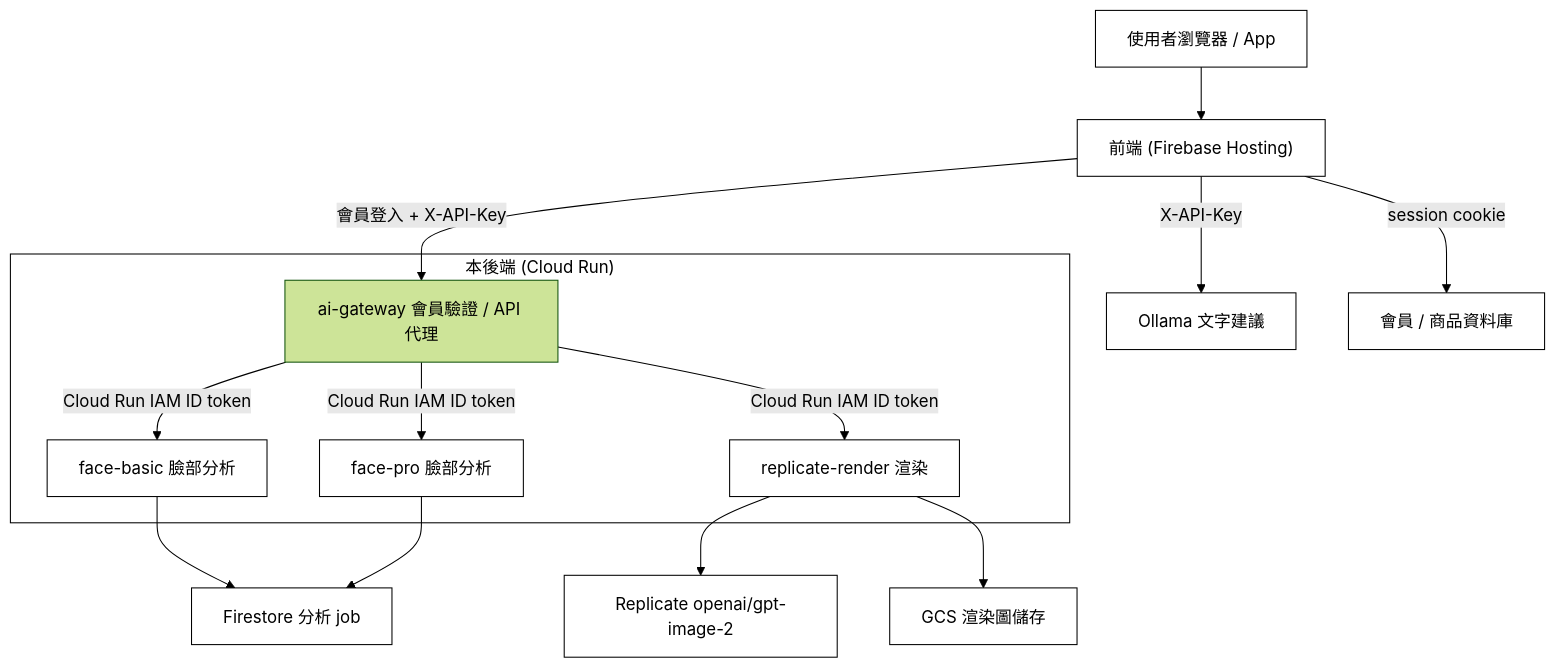
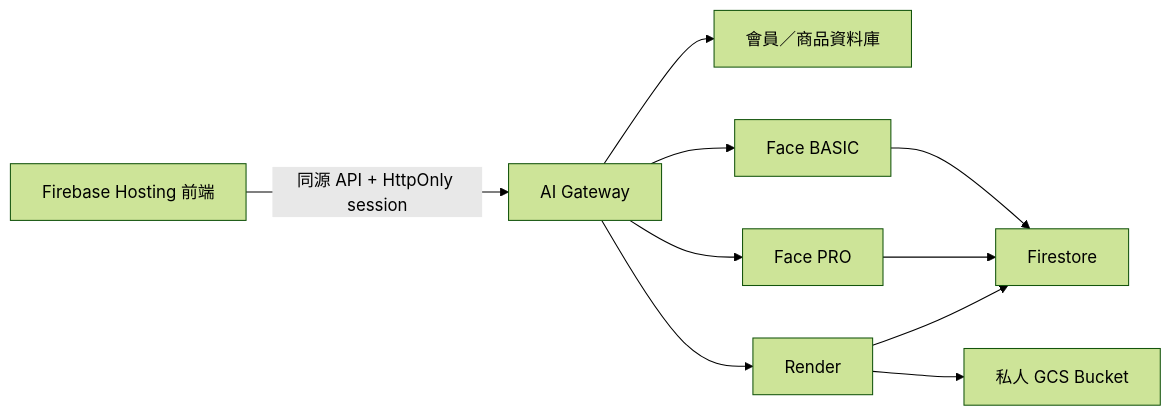
The diagram in README.md (vivi930319/DecorateMeAI), drawn with Mermaid (forest theme) before and after one commit. The commit also changed other lines of this file and 16 other files, not shown here.

Commit message:
feat(gateway): secure private media and deletion flows

````diff
--- a/README.md
+++ b/README.md
@@ -16,31 +9,12 @@
 ```mermaid
-flowchart TB
-  classDef n fill:#ffffff,stroke:#000000,color:#000000;
-  U["使用者瀏覽器 / App"]
-  FE["前端 (Firebase Hosting)"]
-  subgraph BE["本後端 (Cloud Run)"]
-    GW["ai-gateway 會員驗證 / API 代理"]
-    FB["face-basic 臉部分析"]
-    FP["face-pro 臉部分析"]
-    RD["replicate-render 渲染"]
-  end
-  OLL["Ollama 文字建議"]
-  MDB["會員 / 商品資料庫"]
-  REP["Replicate openai/gpt-image-2"]
-  GCS["GCS 渲染圖儲存"]
-  FS["Firestore 分析 job"]
-
-  U --> FE
-  FE -->|會員登入 + X-API-Key| GW
-  GW -->|Cloud Run IAM ID token| FB
-  GW -->|Cloud Run IAM ID token| FP
-  GW -->|Cloud Run IAM ID token| RD
-  FE -->|X-API-Key| OLL
-  FE -->|session cookie| MDB
-  FB --> FS
-  FP --> FS
-  RD --> REP
-  RD --> GCS
-  class U,FE,FB,FP,RD,OLL,MDB,REP,GCS,FS n;
-  style BE fill:#ffffff,stroke:#000000,color:#000000;
+flowchart LR
+    FE["Firebase Hosting 前端"] -->|"同源 API + HttpOnly session"| GW["AI Gateway"]
+    GW --> DB["會員／商品資料庫"]
+    GW --> FB["Face BASIC"]
+    GW --> FP["Face PRO"]
+    GW --> RR["Render"]
+    RR --> GCS["私人 GCS Bucket"]
+    FB --> FS["Firestore"]
+    FP --> FS
+    RR --> FS
 ```
````
